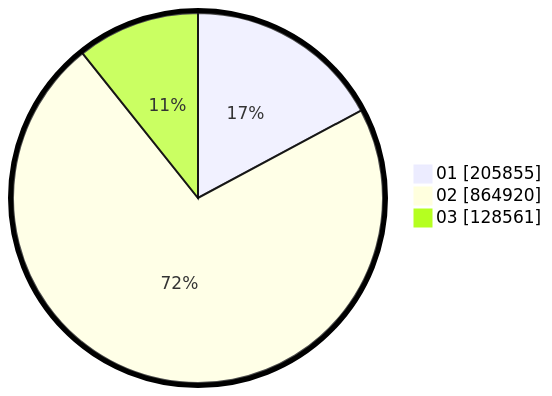
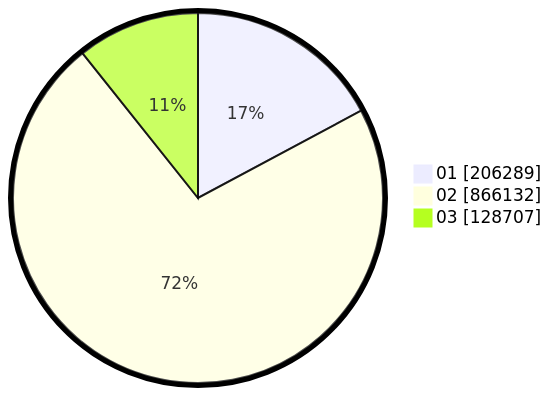
Before and after one commit to gigit-pemilu/pemilu-2024: the second of 2 diagrams in pilpres/hitung-suara/sub/table-wilayah-62.md, drawn with Mermaid. The commit also changed other lines of this file and 10 other files, not shown here.

````diff
--- a/pilpres/hitung-suara/sub/table-wilayah-62.md
+++ b/pilpres/hitung-suara/sub/table-wilayah-62.md
@@ -15,7 +15,7 @@
 ```mermaid
 %%{init: {"pie": {"textPosition": 0.5}, "themeVariables": {"pieOuterStrokeWidth": "5px"}} }%%
 pie showData
-    "01" : 205855
-    "02" : 864920
-    "03" : 128561
+    "01" : 206289
+    "02" : 866132
+    "03" : 128707
 ```
````
